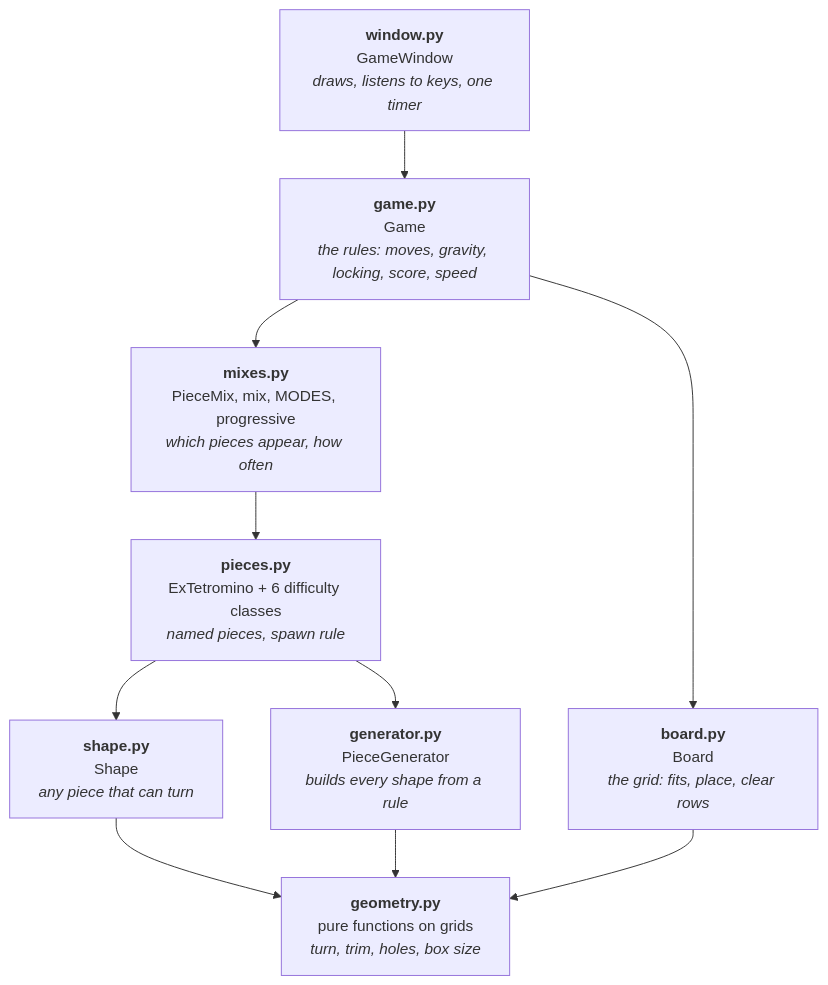
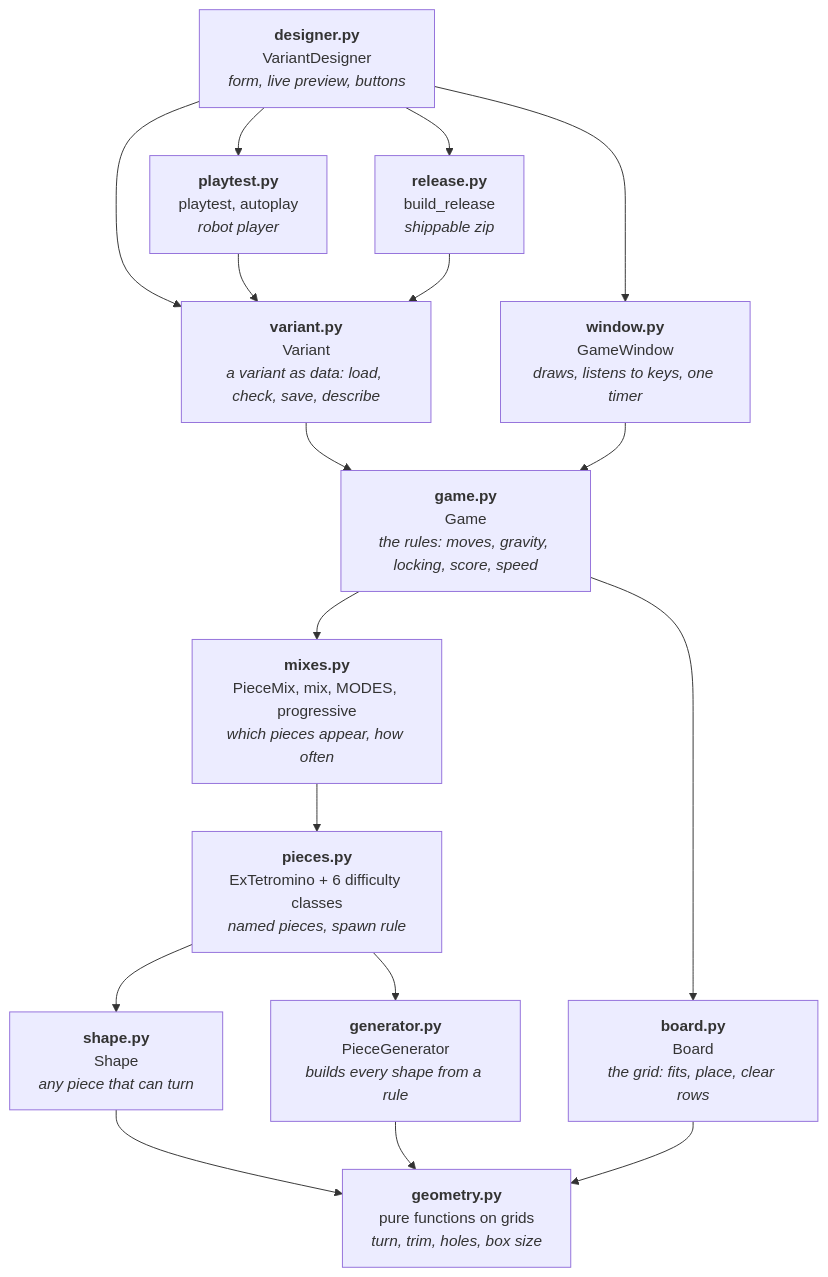
Before and after one commit to mayankbhojwani/extetris: the second of 4 diagrams in docs/design.md, drawn with Mermaid. The commit also changed other lines of this file and 23 other files, not shown here.

````diff
--- a/docs/design.md
+++ b/docs/design.md
@@ -33,20 +68,31 @@
 ```mermaid
 flowchart TB
+    DS["<b>designer.py</b><br/>VariantDesigner<br/><i>form, live preview, buttons</i>"]
+    VA["<b>variant.py</b><br/>Variant<br/><i>a variant as data: load, check, save, describe</i>"]
+    PT["<b>playtest.py</b><br/>playtest, autoplay<br/><i>robot player</i>"]
+    RL["<b>release.py</b><br/>build_release<br/><i>shippable zip</i>"]
+    DS --> VA
+    DS --> PT
+    DS --> RL
+    DS --> W
+    PT --> VA
+    RL --> VA
+    VA --> G
     W["<b>window.py</b><br/>GameWindow<br/><i>draws, listens to keys, one timer</i>"]
     G["<b>game.py</b><br/>Game<br/><i>the rules: moves, gravity, locking, score, speed</i>"]
     M["<b>mixes.py</b><br/>PieceMix, mix, MODES, progressive<br/><i>which pieces appear, how often</i>"]
     B["<b>board.py</b><br/>Board<br/><i>the grid: fits, place, clear rows</i>"]
     P["<b>pieces.py</b><br/>ExTetromino + 6 difficulty classes<br/><i>named pieces, spawn rule</i>"]
     S["<b>shape.py</b><br/>Shape<br/><i>any piece that can turn</i>"]
     GEN["<b>generator.py</b><br/>PieceGenerator<br/><i>builds every shape from a rule</i>"]
     GEO["<b>geometry.py</b><br/>pure functions on grids<br/><i>turn, trim, holes, box size</i>"]
     W --> G
     G --> M
     G --> B
     M --> P
     P --> S
     P --> GEN
     S --> GEO
     B --> GEO
     GEN --> GEO
 ```
````
